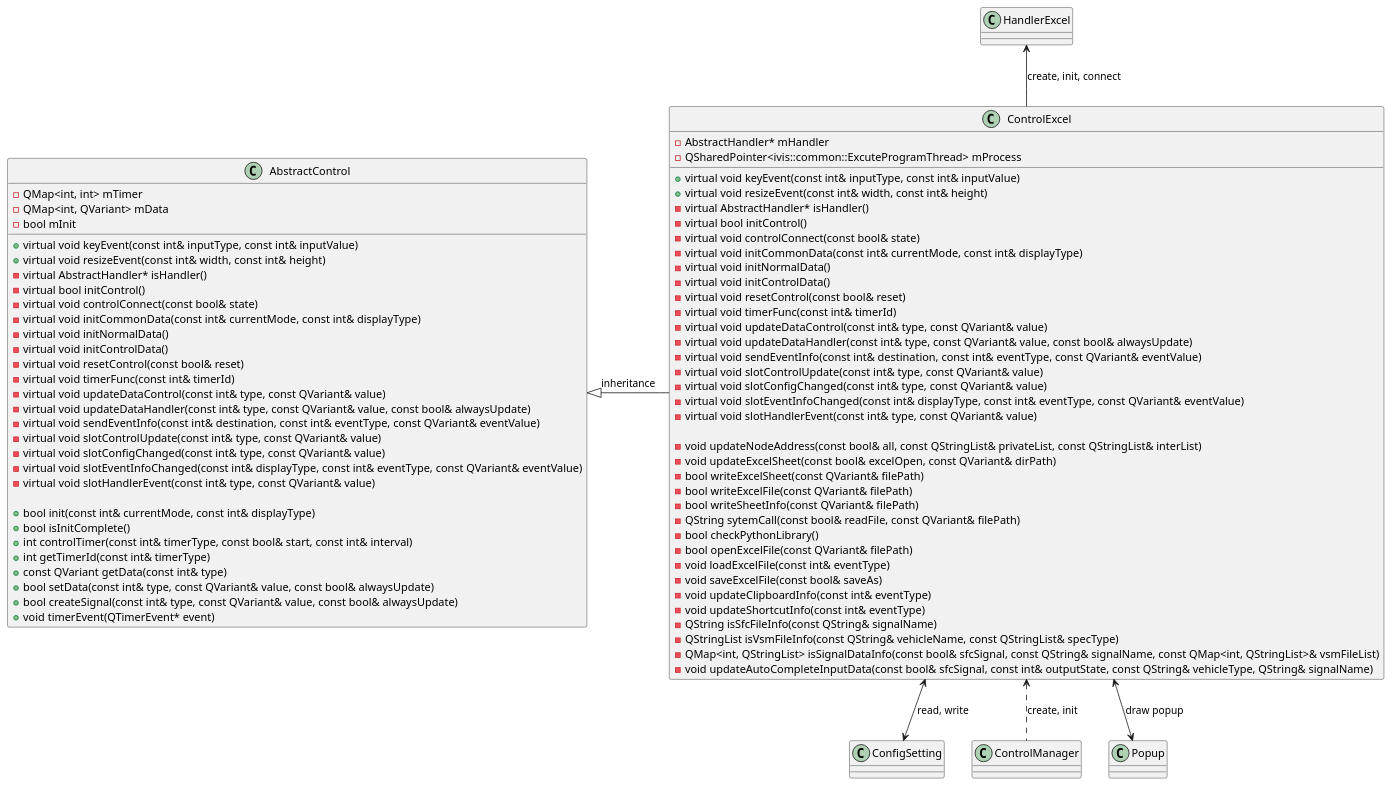
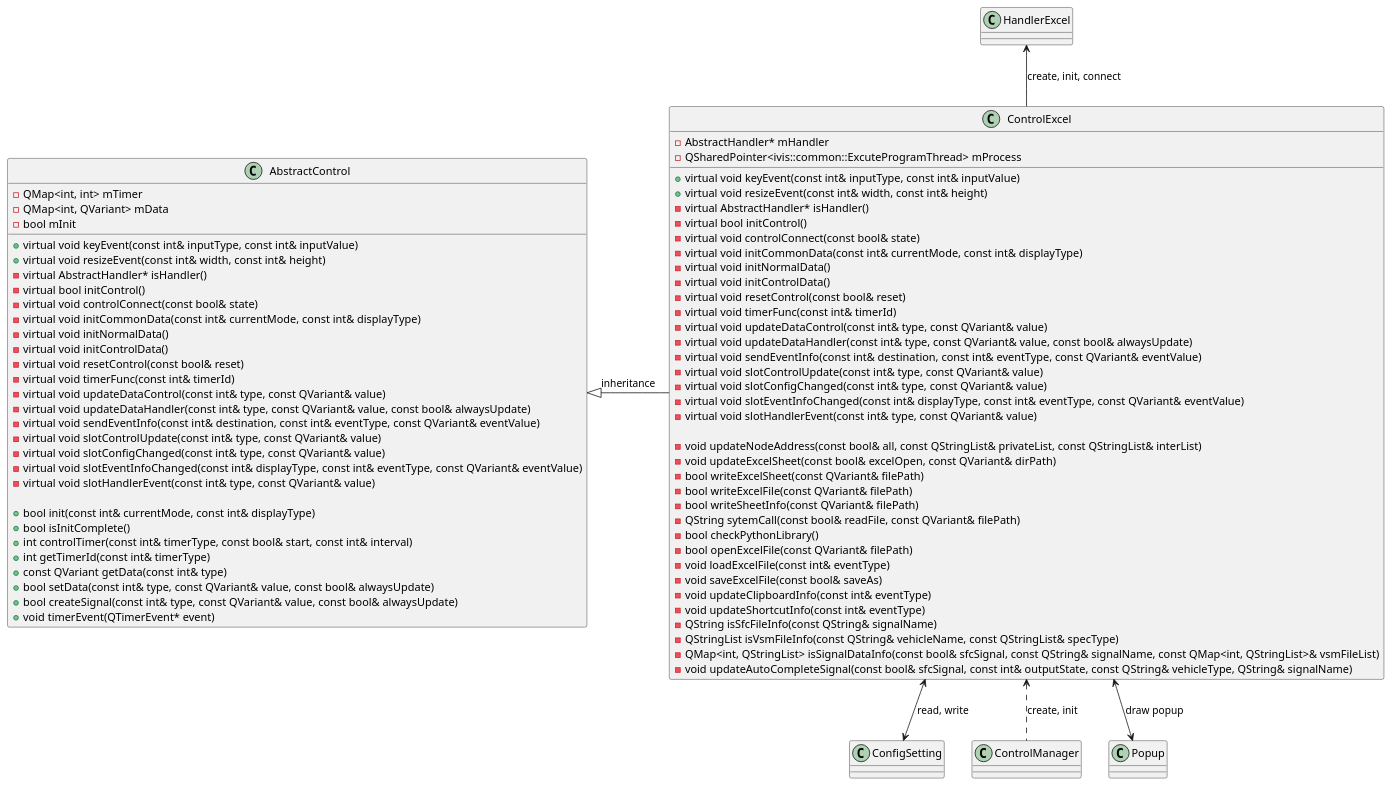
One commit to rlarudgh1997/Application changed the diagram in Diagram/022_Excel/ClassDiagram_ExcelControl.plantuml. Above: the diagram before and after it, drawn with PlantUML. The commit also changed 13 other files, not shown here.

```diff
--- a/Diagram/022_Excel/ClassDiagram_ExcelControl.plantuml
+++ b/Diagram/022_Excel/ClassDiagram_ExcelControl.plantuml
@@ -1,86 +1,86 @@
 @startuml
 
 ' AbstractControl 클래스 정의
 class AbstractControl {
     +virtual void keyEvent(const int& inputType, const int& inputValue)
     +virtual void resizeEvent(const int& width, const int& height)
     -virtual AbstractHandler* isHandler()
     -virtual bool initControl()
     -virtual void controlConnect(const bool& state)
     -virtual void initCommonData(const int& currentMode, const int& displayType)
     -virtual void initNormalData()
     -virtual void initControlData()
     -virtual void resetControl(const bool& reset)
     -virtual void timerFunc(const int& timerId)
     -virtual void updateDataControl(const int& type, const QVariant& value)
     -virtual void updateDataHandler(const int& type, const QVariant& value, const bool& alwaysUpdate)
     -virtual void sendEventInfo(const int& destination, const int& eventType, const QVariant& eventValue)
     -virtual void slotControlUpdate(const int& type, const QVariant& value)
     -virtual void slotConfigChanged(const int& type, const QVariant& value)
     -virtual void slotEventInfoChanged(const int& displayType, const int& eventType, const QVariant& eventValue)
     -virtual void slotHandlerEvent(const int& type, const QVariant& value)
 
     +bool init(const int& currentMode, const int& displayType)
     +bool isInitComplete()
     +int controlTimer(const int& timerType, const bool& start, const int& interval)
     +int getTimerId(const int& timerType)
     +const QVariant getData(const int& type)
     +bool setData(const int& type, const QVariant& value, const bool& alwaysUpdate)
     +bool createSignal(const int& type, const QVariant& value, const bool& alwaysUpdate)
     +void timerEvent(QTimerEvent* event)
 
     -QMap<int, int> mTimer
     -QMap<int, QVariant> mData
     -bool mInit
 }
 
 ' ControlExcel 클래스 정의
 class ControlExcel {
     +virtual void keyEvent(const int& inputType, const int& inputValue)
     +virtual void resizeEvent(const int& width, const int& height)
     -virtual AbstractHandler* isHandler()
     -virtual bool initControl()
     -virtual void controlConnect(const bool& state)
     -virtual void initCommonData(const int& currentMode, const int& displayType)
     -virtual void initNormalData()
     -virtual void initControlData()
     -virtual void resetControl(const bool& reset)
     -virtual void timerFunc(const int& timerId)
     -virtual void updateDataControl(const int& type, const QVariant& value)
     -virtual void updateDataHandler(const int& type, const QVariant& value, const bool& alwaysUpdate)
     -virtual void sendEventInfo(const int& destination, const int& eventType, const QVariant& eventValue)
     -virtual void slotControlUpdate(const int& type, const QVariant& value)
     -virtual void slotConfigChanged(const int& type, const QVariant& value)
     -virtual void slotEventInfoChanged(const int& displayType, const int& eventType, const QVariant& eventValue)
     -virtual void slotHandlerEvent(const int& type, const QVariant& value)
 
     -void updateNodeAddress(const bool& all, const QStringList& privateList, const QStringList& interList)
     -void updateExcelSheet(const bool& excelOpen, const QVariant& dirPath)
     -bool writeExcelSheet(const QVariant& filePath)
     -bool writeExcelFile(const QVariant& filePath)
     -bool writeSheetInfo(const QVariant& filePath)
     -QString sytemCall(const bool& readFile, const QVariant& filePath)
     -bool checkPythonLibrary()
     -bool openExcelFile(const QVariant& filePath)
     -void loadExcelFile(const int& eventType)
     -void saveExcelFile(const bool& saveAs)
     -void updateClipboardInfo(const int& eventType)
     -void updateShortcutInfo(const int& eventType)
     -QString isSfcFileInfo(const QString& signalName)
     -QStringList isVsmFileInfo(const QString& vehicleName, const QStringList& specType)
     -QMap<int, QStringList> isSignalDataInfo(const bool& sfcSignal, const QString& signalName, const QMap<int, QStringList>& vsmFileList)
-    -void updateAutoCompleteInputData(const bool& sfcSignal, const int& outputState, const QString& vehicleType, QString& signalName)
+    -void updateAutoCompleteSignal(const bool& sfcSignal, const int& outputState, const QString& vehicleType, QString& signalName)
 
     -AbstractHandler* mHandler
     -QSharedPointer<ivis::common::ExcuteProgramThread> mProcess
 }
 
 
 ' 클래스 간의 관계 정의
 AbstractControl <|- ControlExcel : inheritance
 HandlerExcel <-- ControlExcel : create, init, connect
 ControlExcel <--> ConfigSetting : read, write
 ControlExcel <.. ControlManager : create, init
 ControlExcel <--> Popup : draw popup
 
 @enduml
```
